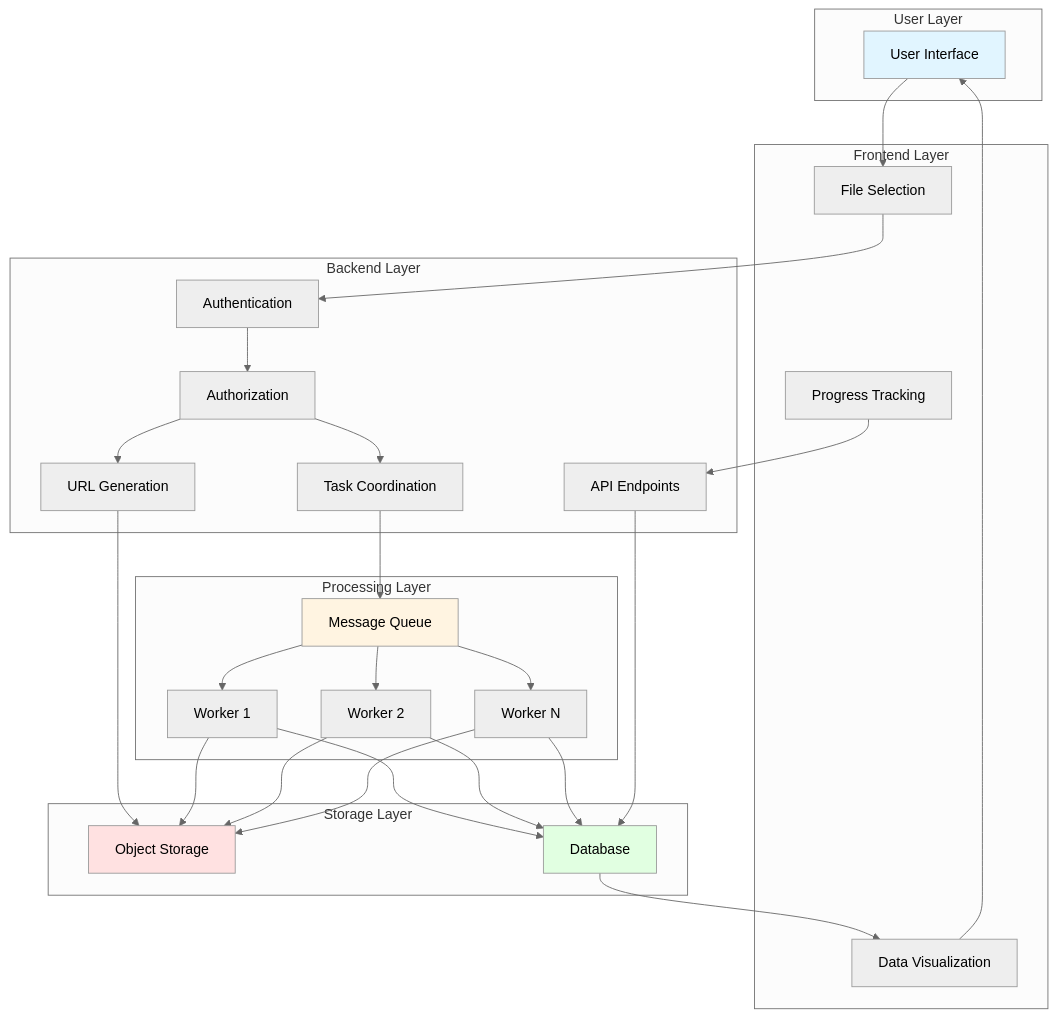
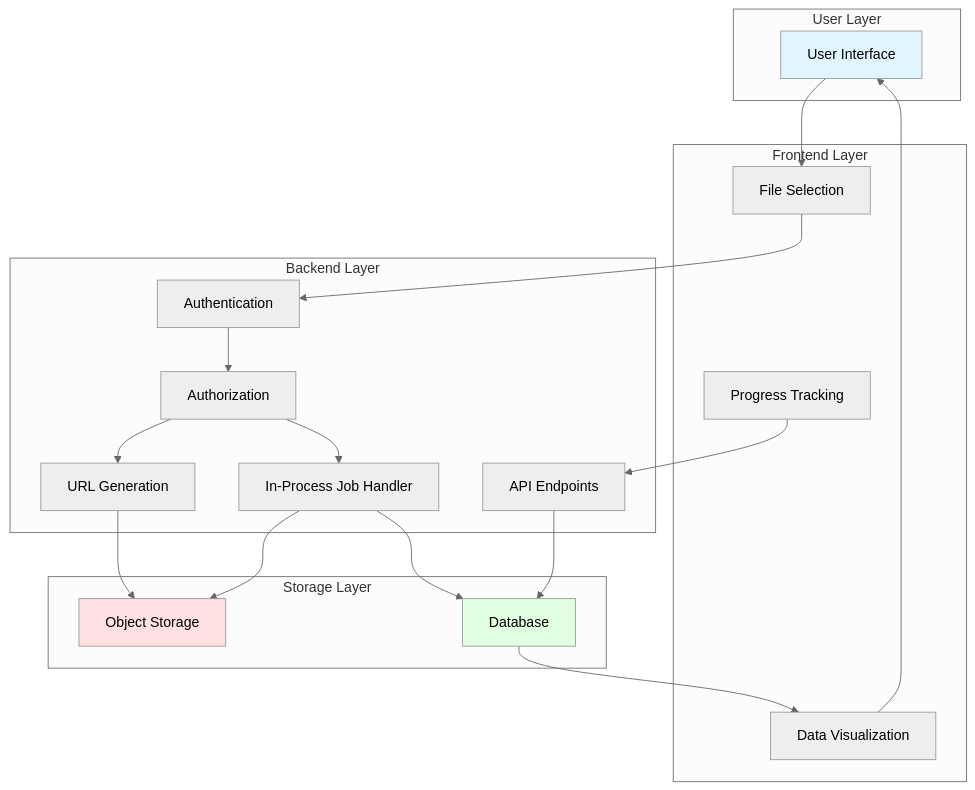
The second of 2 diagrams in docs/src/architecture/10-data-flow.md (EPFL-ENAC/co2-calculator), drawn with Mermaid (neutral theme) before and after one commit. The commit also changed other lines of this file and 2 other files, not shown here.

First line of the commit message:
docs(860): remove Redis/Celery nodes from architecture mermaid diagrams

````diff
--- a/docs/src/architecture/10-data-flow.md
+++ b/docs/src/architecture/10-data-flow.md
@@ -57,52 +54,42 @@
 ```mermaid
 graph TB
     subgraph "User Layer"
         U[User Interface]
     end
 
     subgraph "Frontend Layer"
         F1[File Selection]
         F2[Progress Tracking]
         F3[Data Visualization]
     end
 
     subgraph "Backend Layer"
         B1[Authentication]
         B2[Authorization]
         B3[URL Generation]
-        B4[Task Coordination]
+        B4[In-Process Job Handler]
         B5[API Endpoints]
-    end
-
-    subgraph "Processing Layer"
-        Q[Message Queue]
-        W1[Worker 1]
-        W2[Worker 2]
-        W3[Worker N]
     end
 
     subgraph "Storage Layer"
         S[Object Storage]
         D[Database]
     end
 
     U --> F1
     F1 --> B1
     B1 --> B2
     B2 --> B3
     B3 --> S
     B2 --> B4
-    B4 --> Q
-    Q --> W1 & W2 & W3
-    W1 & W2 & W3 --> S
-    W1 & W2 & W3 --> D
+    B4 --> S
+    B4 --> D
     F2 --> B5
     B5 --> D
     D --> F3
     F3 --> U
 
     style U fill:#e1f5ff
     style S fill:#ffe1e1
     style D fill:#e1ffe1
-    style Q fill:#fff4e1
 ```
````
